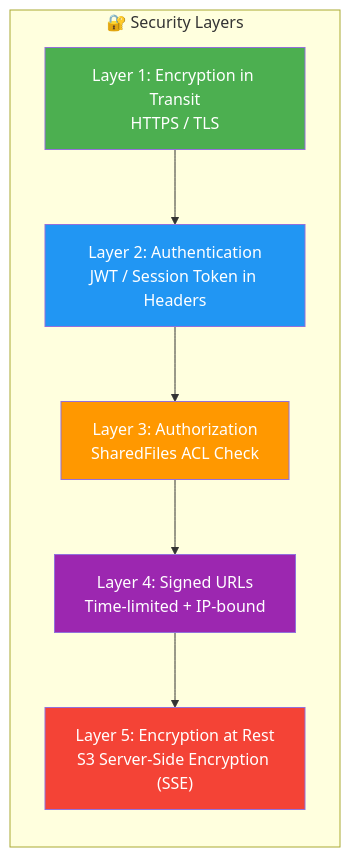
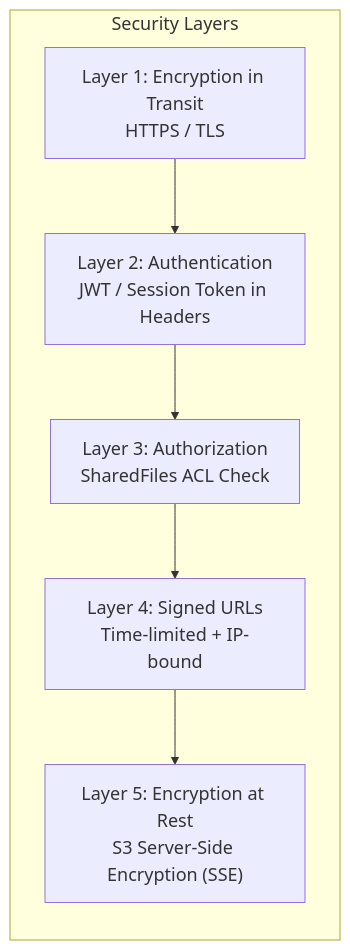
One commit to vipi-n/swe-101 changed diagram 15 of 15 in hld/dropbox.md. Above: the diagram before and after it, drawn with Mermaid. The commit also changed other lines of this file, not shown here.

````diff
--- a/hld/dropbox.md
+++ b/hld/dropbox.md
@@ -917,19 +905,14 @@
 ```mermaid
+%%{init: {'theme': 'default', 'themeVariables': {'fontSize': '18px'}}}%%
 graph TB
-    subgraph "🔐 Security Layers"
+    subgraph "Security Layers"
         direction TB
         L1["Layer 1: Encryption in Transit<br/>HTTPS / TLS"]
         L2["Layer 2: Authentication<br/>JWT / Session Token in Headers"]
         L3["Layer 3: Authorization<br/>SharedFiles ACL Check"]
         L4["Layer 4: Signed URLs<br/>Time-limited + IP-bound"]
         L5["Layer 5: Encryption at Rest<br/>S3 Server-Side Encryption (SSE)"]
 
         L1 --> L2 --> L3 --> L4 --> L5
     end
-
-    style L1 fill:#4CAF50,color:#fff
-    style L2 fill:#2196F3,color:#fff
-    style L3 fill:#FF9800,color:#fff
-    style L4 fill:#9C27B0,color:#fff
-    style L5 fill:#F44336,color:#fff
 ```
````
